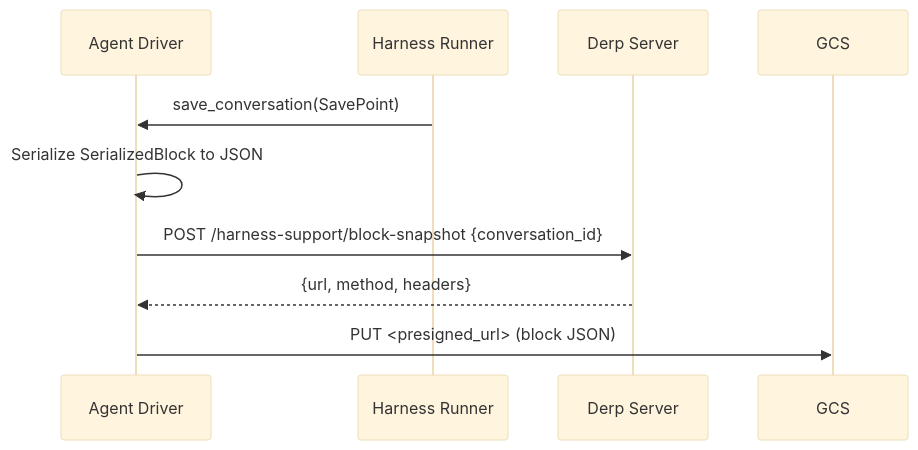
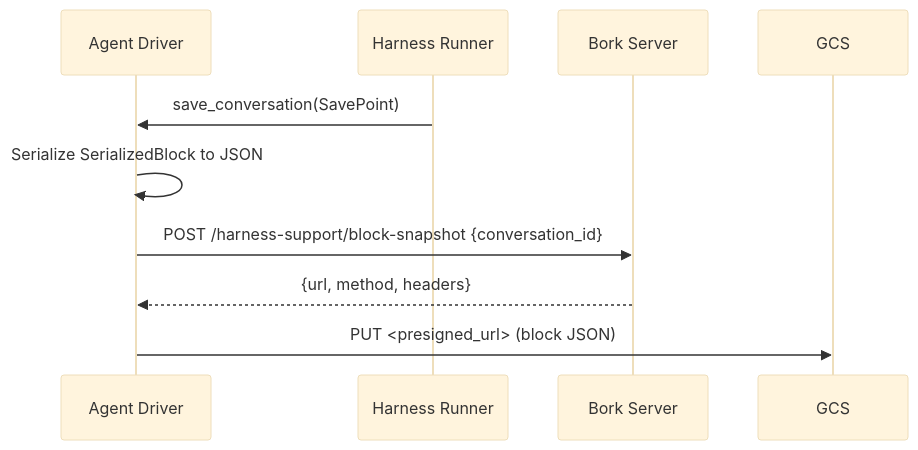
Before and after one commit to antikrust/krust-terminal: the second of 3 diagrams in specs/REMOTE-1332/TECH.md, drawn with Mermaid (base theme). The commit also changed other lines of this file and 4477 other files, not shown here.

First line of the commit message:
Rebrand Derp -> Bork

````diff
--- a/specs/REMOTE-1332/TECH.md
+++ b/specs/REMOTE-1332/TECH.md
@@ -298,13 +298,13 @@
 ```mermaid
 sequenceDiagram
     participant Driver as Agent Driver
     participant Runner as Harness Runner
-    participant Server as Derp Server
+    participant Server as Bork Server
     participant GCS as GCS
 
     Runner->>Driver: save_conversation(SavePoint)
     Driver->>Driver: Serialize SerializedBlock to JSON
     Driver->>Server: POST /harness-support/block-snapshot {conversation_id}
     Server-->>Driver: {url, method, headers}
     Driver->>GCS: PUT <presigned_url> (block JSON)
 ```
````
